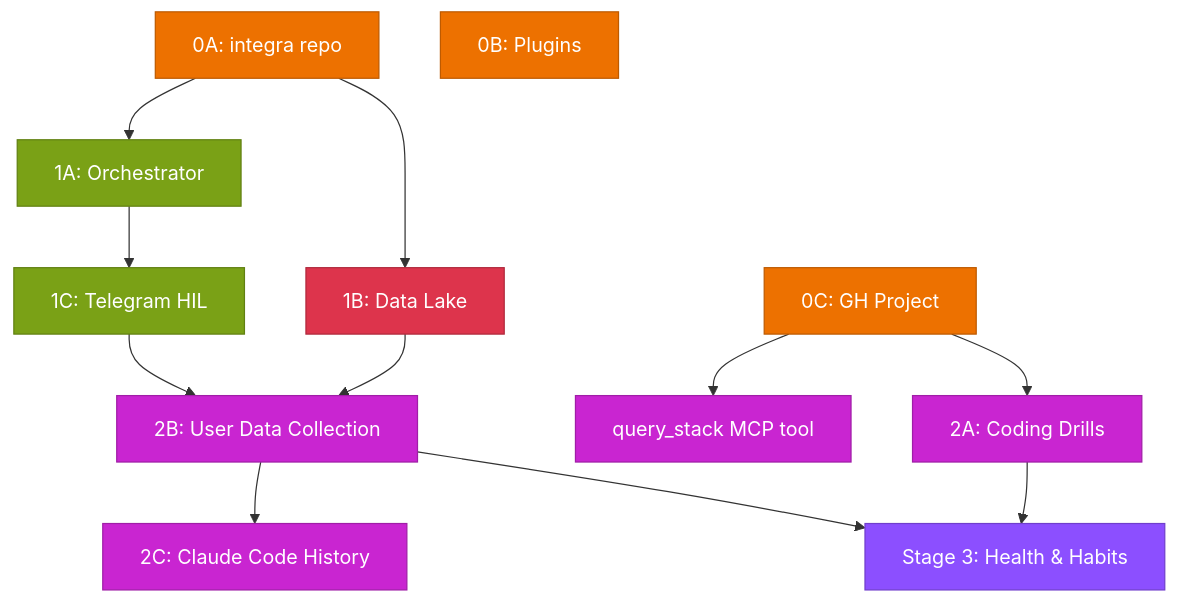
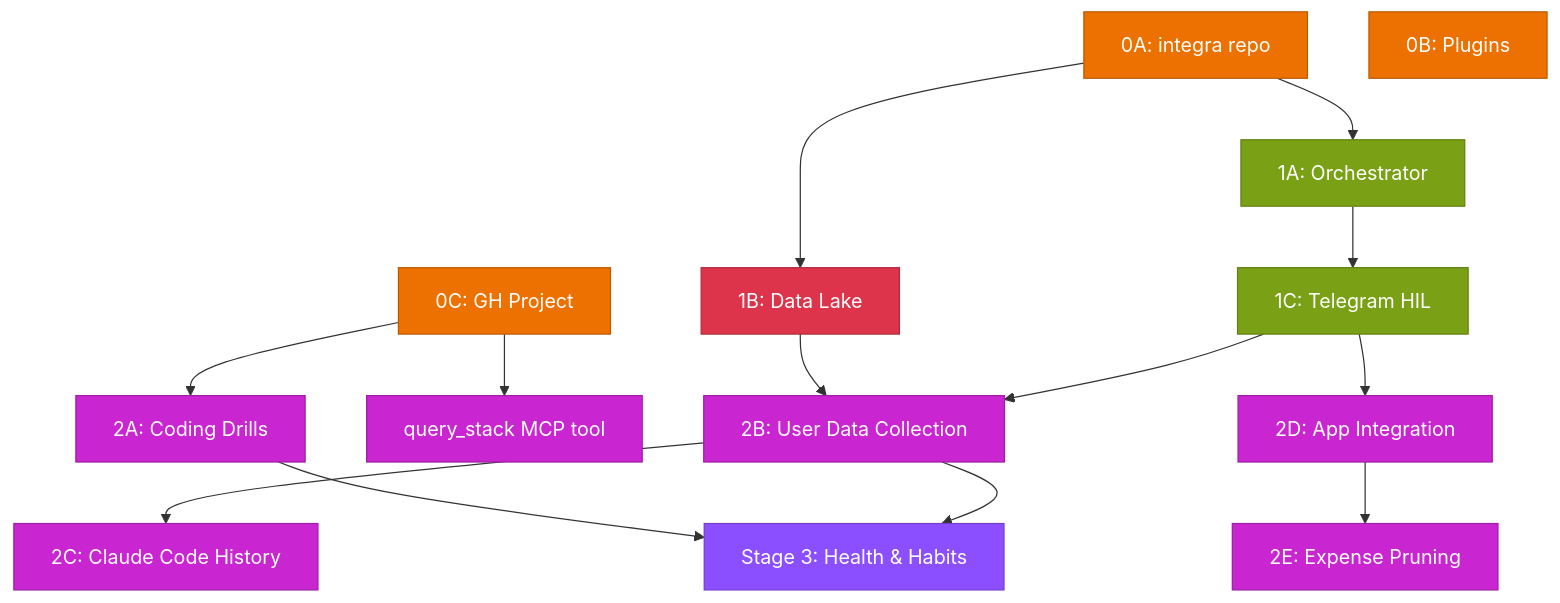
Before and after one commit to bprzybysz/integra: the fourth of 4 diagrams in ROADMAP.md, drawn with Mermaid. The commit also changed other lines of this file and 28 other files, not shown here.

````diff
--- a/ROADMAP.md
+++ b/ROADMAP.md
@@ -365,29 +472,33 @@
 ```mermaid
 graph TB
     S0A[0A: integra repo] --> S1A[1A: Orchestrator]
     S0A --> S1B[1B: Data Lake]
     S0B[0B: Plugins]
     S0C[0C: GH Project] --> S2A[2A: Coding Drills]
     S0C --> SQS[query_stack MCP tool]
 
     S1A --> S1C[1C: Telegram HIL]
     S1B --> S2B[2B: User Data Collection]
     S1C --> S2B
 
     S2B --> S2C[2C: Claude Code History]
+    S1C --> S2D[2D: App Integration]
+    S2D --> S2E[2E: Expense Pruning]
     S2A --> S3[Stage 3: Health & Habits]
     S2B --> S3
 
 
     style S0A fill:#ED7100,color:#fff,stroke:#BD5A00,stroke-width:1px
     style S0B fill:#ED7100,color:#fff,stroke:#BD5A00,stroke-width:1px
     style S0C fill:#ED7100,color:#fff,stroke:#BD5A00,stroke-width:1px
     style S1A fill:#7AA116,color:#fff,stroke:#618011,stroke-width:1px
     style S1B fill:#DD344C,color:#fff,stroke:#B0293C,stroke-width:1px
     style S1C fill:#7AA116,color:#fff,stroke:#618011,stroke-width:1px
     style S2A fill:#C925D1,color:#fff,stroke:#A01EA7,stroke-width:1px
     style S2B fill:#C925D1,color:#fff,stroke:#A01EA7,stroke-width:1px
     style S2C fill:#C925D1,color:#fff,stroke:#A01EA7,stroke-width:1px
     style SQS fill:#C925D1,color:#fff,stroke:#A01EA7,stroke-width:1px
+    style S2D fill:#C925D1,color:#fff,stroke:#A01EA7,stroke-width:1px
+    style S2E fill:#C925D1,color:#fff,stroke:#A01EA7,stroke-width:1px
     style S3 fill:#8C4FFF,color:#fff,stroke:#703FCC,stroke-width:1px
 ```
````
